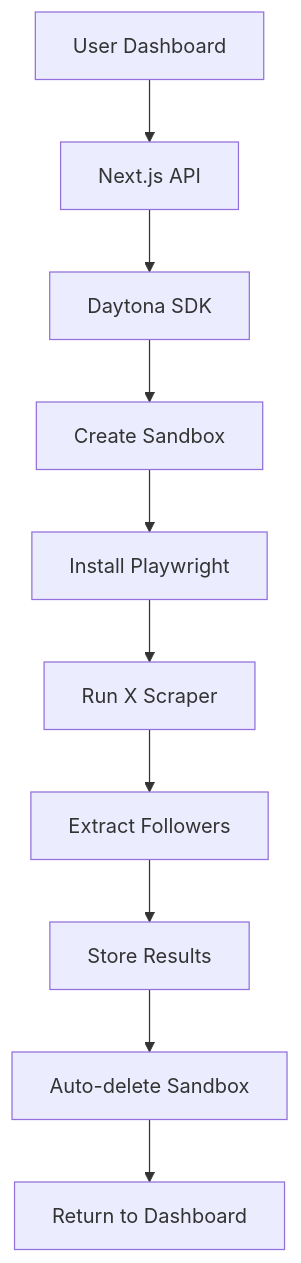
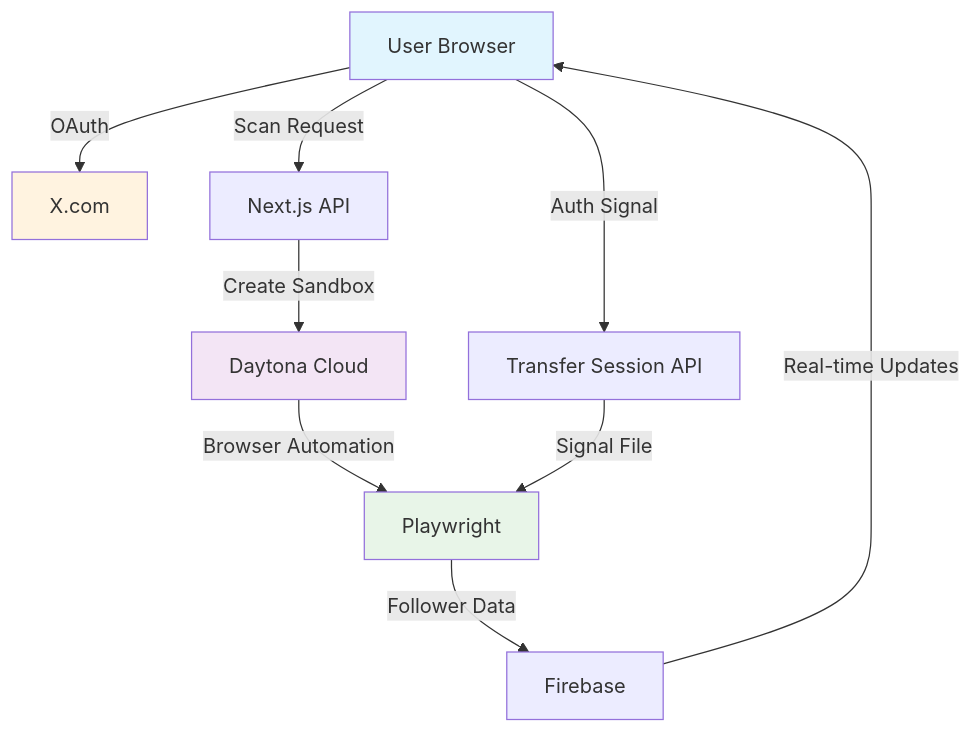
Before and after one commit to JoeProAI/Followlytics: the diagram in README.md, drawn with Mermaid. The commit also changed other lines of this file and 10 other files, not shown here.

````diff
--- a/README.md
+++ b/README.md
@@ -27,12 +76,16 @@
 ```mermaid
 graph TD
-    A[User Dashboard] --> B[Next.js API]
-    B --> C[Daytona SDK]
-    C --> D[Create Sandbox]
-    D --> E[Install Playwright]
-    E --> F[Run X Scraper]
-    F --> G[Extract Followers]
-    G --> H[Store Results]
-    H --> I[Auto-delete Sandbox]
-    I --> J[Return to Dashboard]
+    A[User Browser] -->|OAuth| B[X.com]
+    A -->|Scan Request| C[Next.js API]
+    C -->|Create Sandbox| D[Daytona Cloud]
+    D -->|Browser Automation| E[Playwright]
+    A -->|Auth Signal| F[Transfer Session API]
+    F -->|Signal File| E
+    E -->|Follower Data| G[Firebase]
+    G -->|Real-time Updates| A
+    
+    style A fill:#e1f5fe
+    style B fill:#fff3e0  
+    style D fill:#f3e5f5
+    style E fill:#e8f5e8
 ```
````
